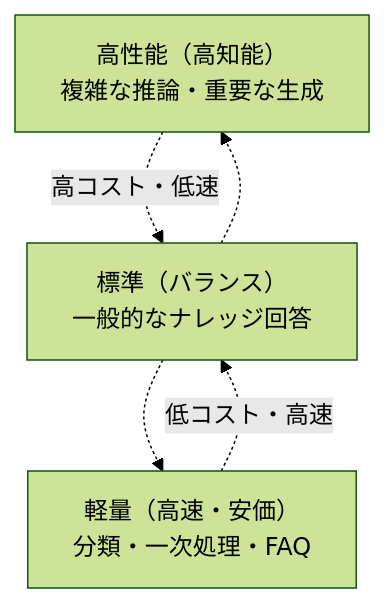
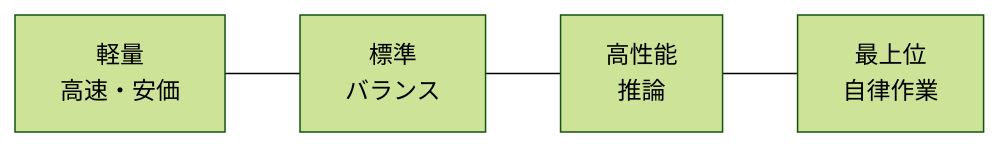
Before and after one commit to mike-sugimoto/ai-tech-notes: the first of 2 diagrams in src/content/docs/llm-basics/models.md, drawn with Mermaid (forest theme). The commit also changed other lines of this file and 5 other files, not shown here.

````diff
--- a/src/content/docs/llm-basics/models.md
+++ b/src/content/docs/llm-basics/models.md
@@ -15,8 +16,4 @@
 ```mermaid
-flowchart TB
-    HI["高性能（高知能）<br/>複雑な推論・重要な生成"]
-    MID["標準（バランス）<br/>一般的なナレッジ回答"]
-    LOW["軽量（高速・安価）<br/>分類・一次処理・FAQ"]
-    HI -.高コスト・低速.-> MID -.-> LOW
-    LOW -.低コスト・高速.-> MID -.-> HI
+flowchart LR
+    LOW["軽量<br/>高速・安価"] --- MID["標準<br/>バランス"] --- HI["高性能<br/>推論"] --- TOP["最上位<br/>自律作業"]
 ```
````
